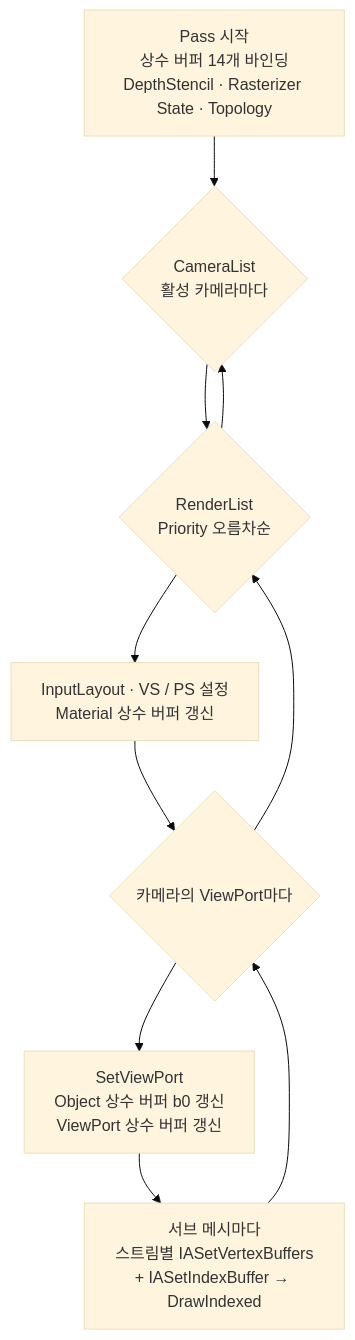
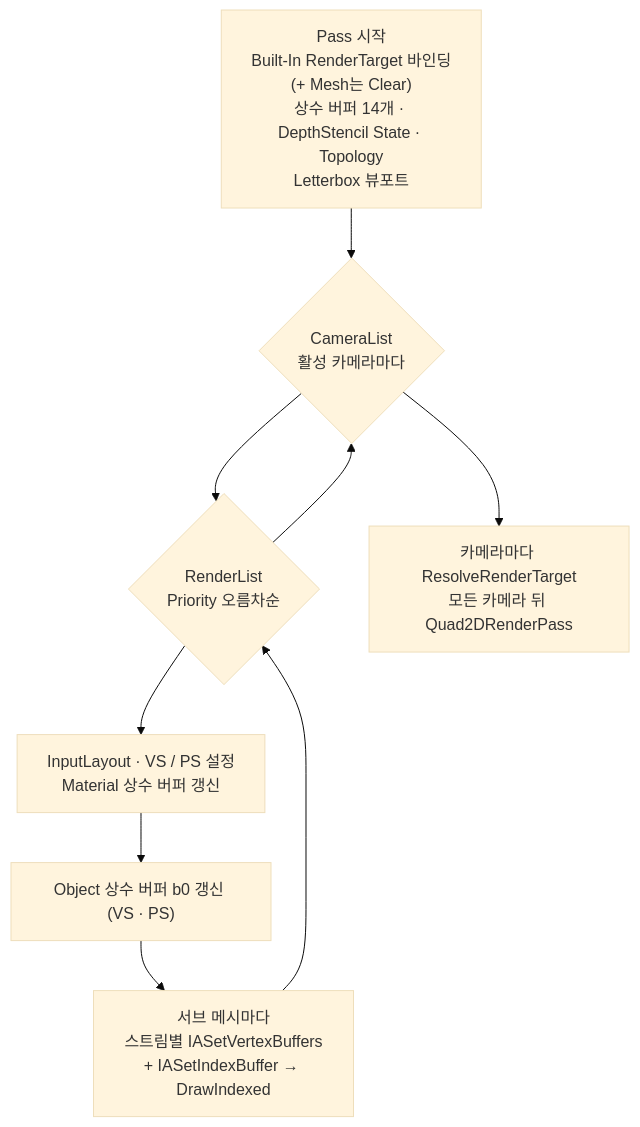
Before and after one commit to Gat-Young/ForestPearlEngine: the eighth of 22 diagrams in README.md, drawn with Mermaid (base theme). The commit also changed other lines of this file, not shown here.

````diff
--- a/README.md
+++ b/README.md
@@ -875,12 +871,11 @@
 ```mermaid
 flowchart TD
-    S["Pass 시작<br/>상수 버퍼 14개 바인딩<br/>DepthStencil · Rasterizer State · Topology"] --> C{"CameraList<br/>활성 카메라마다"}
+    S["Pass 시작<br/>Built-In RenderTarget 바인딩(+ Mesh는 Clear)<br/>상수 버퍼 14개 · DepthStencil State · Topology<br/>Letterbox 뷰포트"] --> C{"CameraList<br/>활성 카메라마다"}
     C --> I{"RenderList<br/>Priority 오름차순"}
     I --> ST["InputLayout · VS / PS 설정<br/>Material 상수 버퍼 갱신"]
-    ST --> VPL{"카메라의 ViewPort마다"}
-    VPL --> MVP["SetViewPort<br/>Object 상수 버퍼 b0 갱신<br/>ViewPort 상수 버퍼 갱신"]
+    ST --> MVP["Object 상수 버퍼 b0 갱신 (VS · PS)"]
     MVP --> DR["서브 메시마다<br/>스트림별 IASetVertexBuffers<br/>+ IASetIndexBuffer → DrawIndexed"]
-    DR --> VPL
-    VPL --> I
+    DR --> I
     I --> C
+    C --> RS["카메라마다 ResolveRenderTarget<br/>모든 카메라 뒤 Quad2DRenderPass"]
 ```
````
